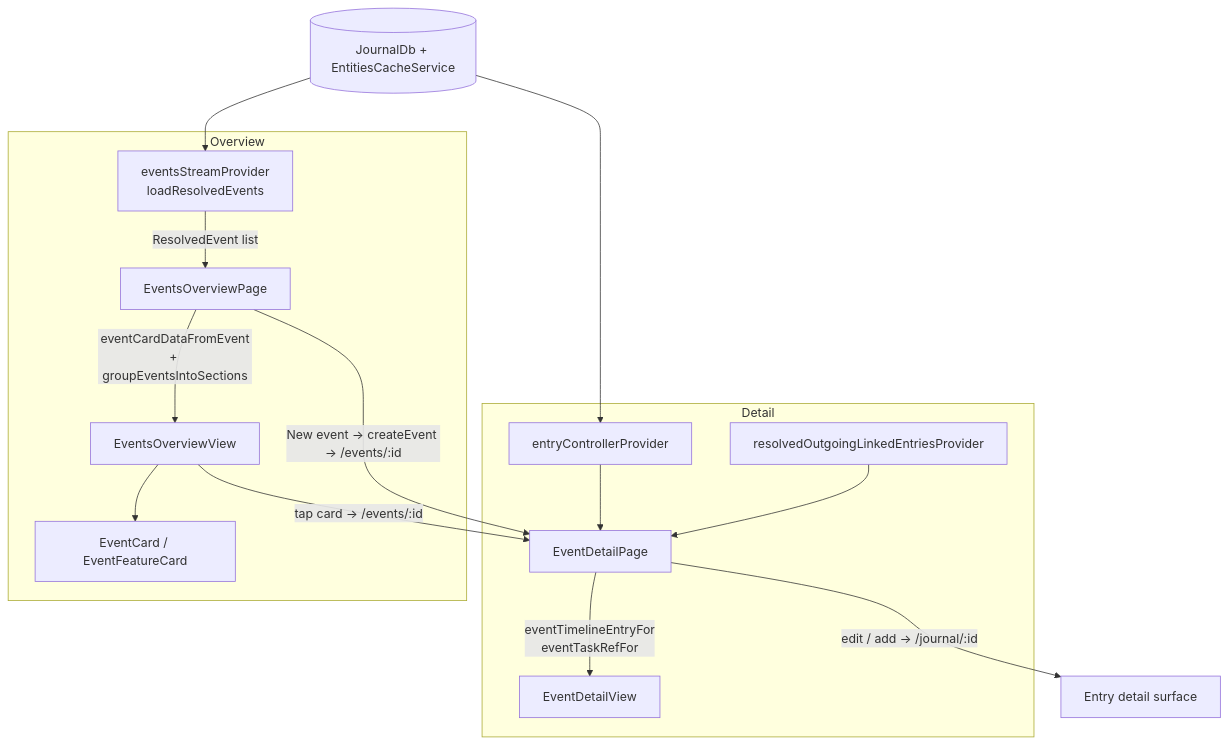
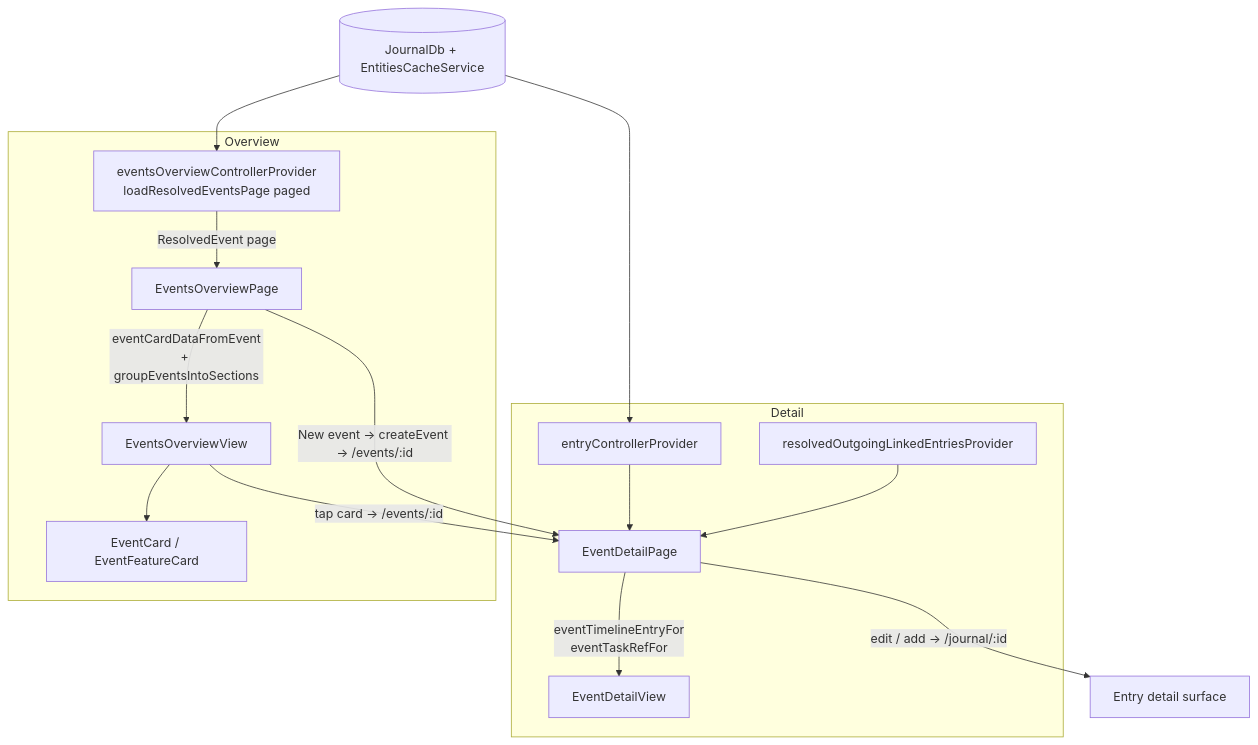
One commit to matthiasn/lotti changed the diagram in lib/features/events/README.md. Above: the diagram before and after it, drawn with Mermaid. The commit also changed other lines of this file and 8 other files, not shown here.

First line of the commit message:
feat: page the Events overview for a lighter initial load

````diff
--- a/lib/features/events/README.md
+++ b/lib/features/events/README.md
@@ -40,22 +40,22 @@
 ```mermaid
 flowchart TD
     DB[(JournalDb + EntitiesCacheService)]
 
     subgraph Overview
-      ESP[eventsStreamProvider<br/>loadResolvedEvents] -->|ResolvedEvent list| OP[EventsOverviewPage]
+      ESP[eventsOverviewControllerProvider<br/>loadResolvedEventsPage paged] -->|ResolvedEvent page| OP[EventsOverviewPage]
       OP -->|eventCardDataFromEvent<br/>+ groupEventsIntoSections| OV[EventsOverviewView]
       OV --> CARD[EventCard / EventFeatureCard]
     end
 
     subgraph Detail
       EC[entryControllerProvider] --> DP[EventDetailPage]
       RLE[resolvedOutgoingLinkedEntriesProvider] --> DP
       DP -->|eventTimelineEntryFor<br/>eventTaskRefFor| DV[EventDetailView]
     end
 
     DB --> ESP
     DB --> EC
     OV -->|tap card → /events/:id| DP
     OP -->|New event → createEvent → /events/:id| DP
     DP -->|edit / add → /journal/:id| LEGACY[Entry detail surface]
 ```
````
